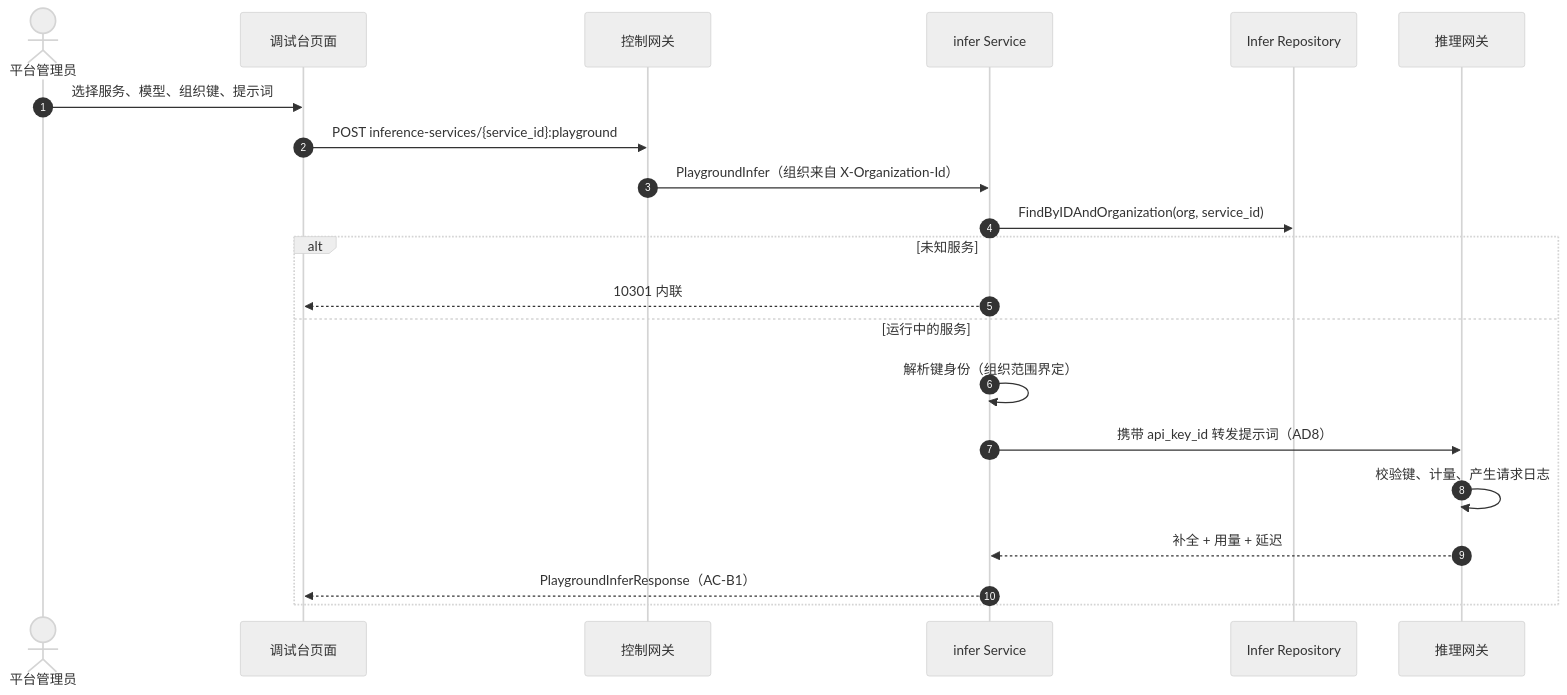
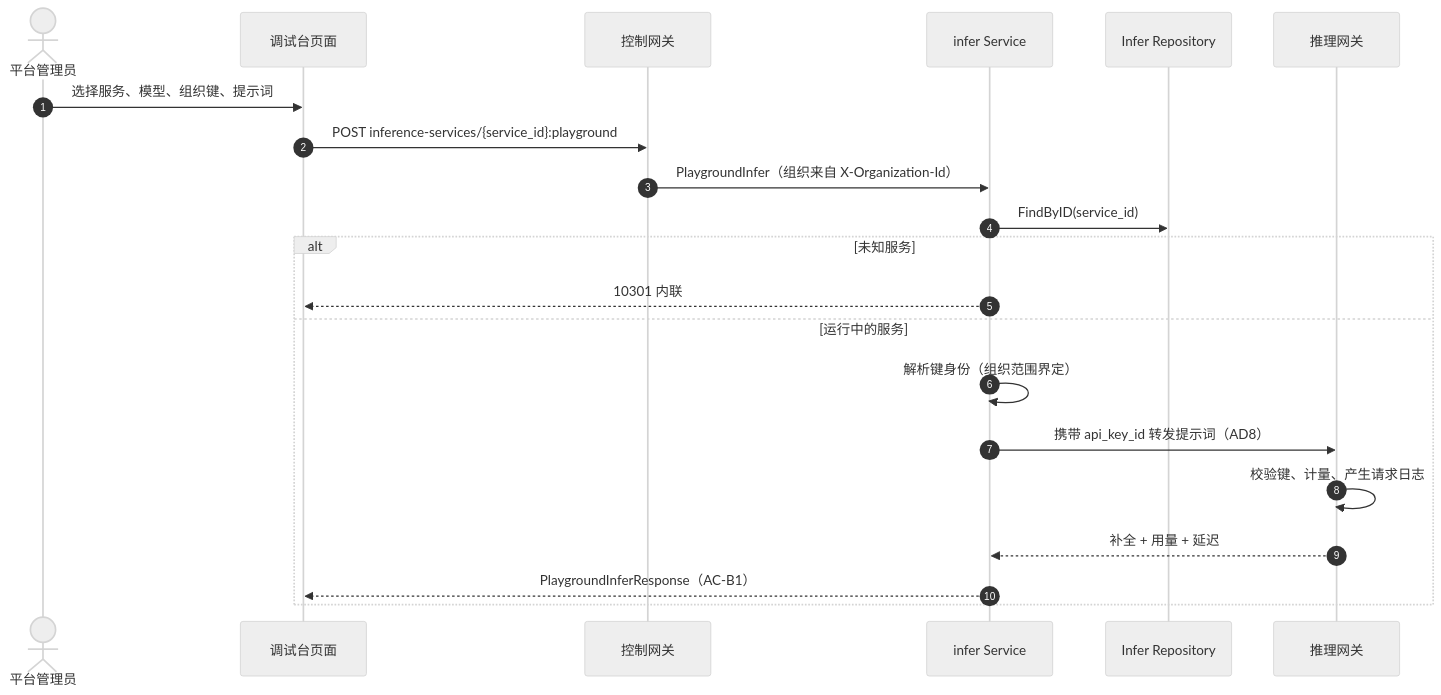
One commit to go-taas/go-taas changed the fourth of 4 diagrams in site/docs/architecture/request-logs-playground.zh-cn.md. Above: the diagram before and after it, drawn with Mermaid (neutral theme). The commit also changed other lines of this file and 13 other files, not shown here.

````diff
--- a/site/docs/architecture/request-logs-playground.zh-cn.md
+++ b/site/docs/architecture/request-logs-playground.zh-cn.md
@@ -318,23 +318,23 @@
 ```mermaid
 sequenceDiagram
     autonumber
     actor Admin as 平台管理员
     participant Console as 调试台页面
     participant CGW as 控制网关
     participant S as infer Service
     participant R as Infer Repository
     participant DGW as 推理网关
     Admin->>Console: 选择服务、模型、组织键、提示词
     Console->>CGW: POST inference-services/{service_id}:playground
     CGW->>S: PlaygroundInfer（组织来自 X-Organization-Id）
-    S->>R: FindByIDAndOrganization(org, service_id)
+    S->>R: FindByID(service_id)
     alt 未知服务
         S-->>Console: 10301 内联
     else 运行中的服务
         S->>S: 解析键身份（组织范围界定）
         S->>DGW: 携带 api_key_id 转发提示词（AD8）
         DGW->>DGW: 校验键、计量、产生请求日志
         DGW-->>S: 补全 + 用量 + 延迟
         S-->>Console: PlaygroundInferResponse（AC-B1）
     end
 ```
````
